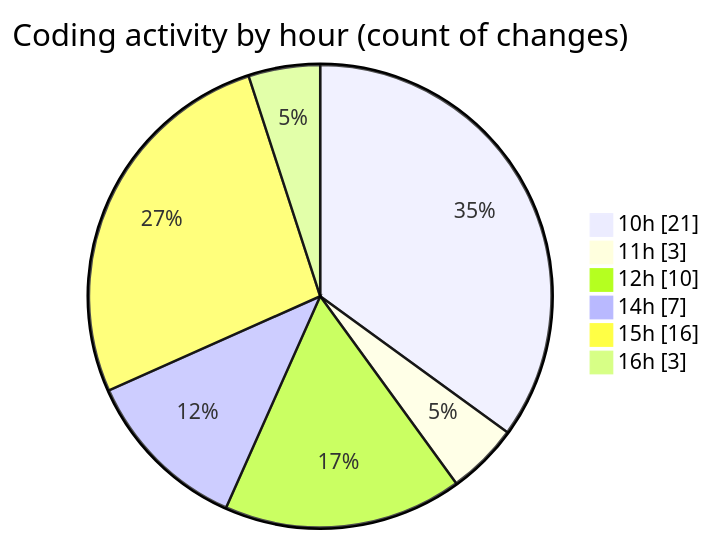
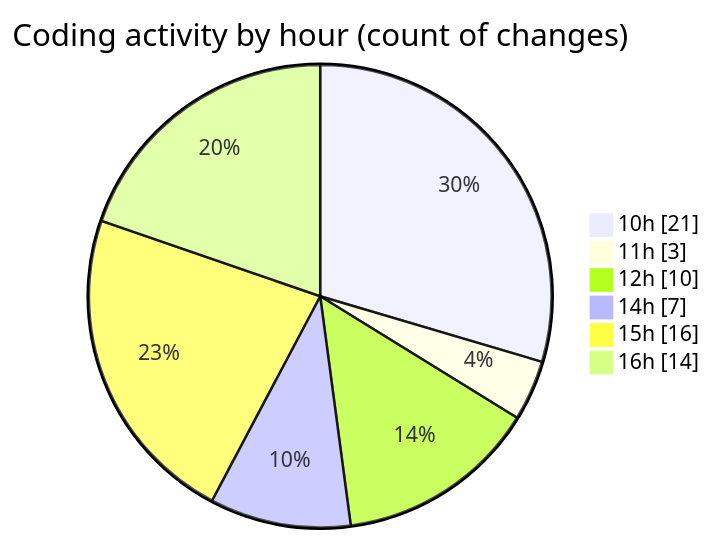
The second of 2 diagrams in 2026-03-17/cda/README.md (momahboobian/code-tracking), drawn with Mermaid before and after one commit. The commit also changed other lines of this file and 1 other file, not shown here.

````diff
--- a/2026-03-17/cda/README.md
+++ b/2026-03-17/cda/README.md
@@ -46,10 +48,10 @@
 ```mermaid
 pie showData
 title Coding activity by hour (count of changes)
 "10h" : 21
 "11h" : 3
 "12h" : 10
 "14h" : 7
 "15h" : 16
-"16h" : 3
+"16h" : 14
 ```
````
